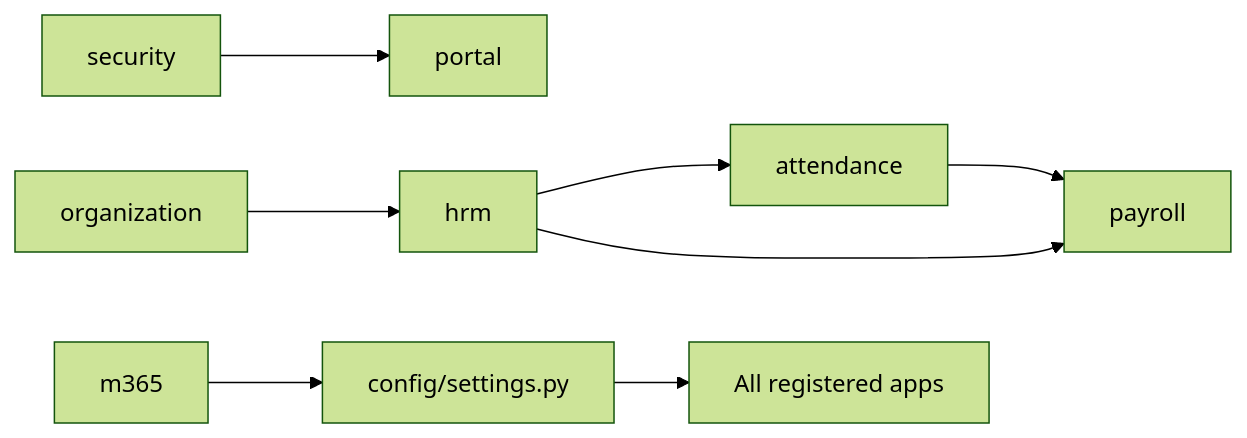
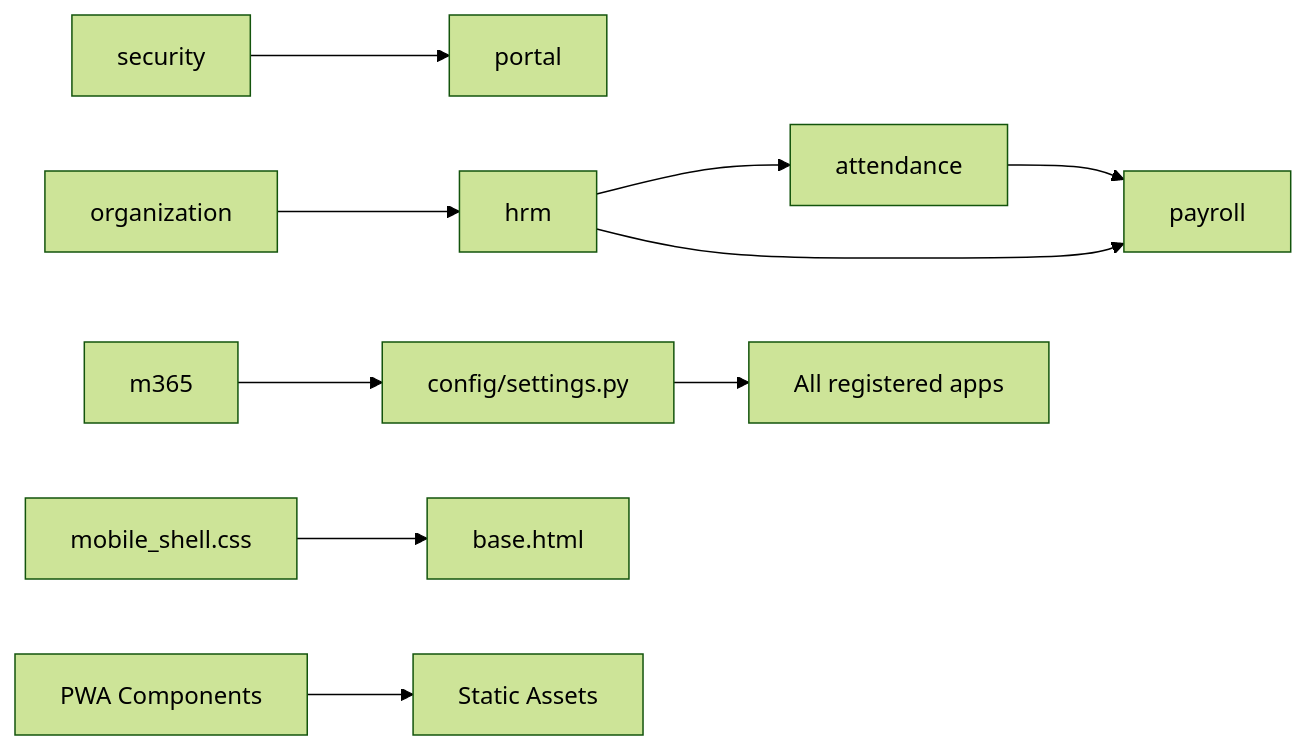
Diagram 13 of 13 in .qoder/repowiki/en/content/Project Overview.md (dinhtanhb/QLHCNS), drawn with Mermaid (forest theme) before and after one commit. The commit also changed other lines of this file and 98 other files, not shown here.

````diff
--- a/.qoder/repowiki/en/content/Project Overview.md
+++ b/.qoder/repowiki/en/content/Project Overview.md
@@ -451,10 +560,12 @@
 ```mermaid
 graph LR
 Security["security"] --> Portal["portal"]
 Organization["organization"] --> Hrm["hrm"]
 Hrm --> Attendance["attendance"]
 Hrm --> Payroll["payroll"]
 Attendance --> Payroll
 Settings["config/settings.py"] --> AllApps["All registered apps"]
 M365["m365"] --> Settings
+MobileShell["mobile_shell.css"] --> BaseTemplate["base.html"]
+PWA["PWA Components"] --> StaticAssets["Static Assets"]
 ```
````
